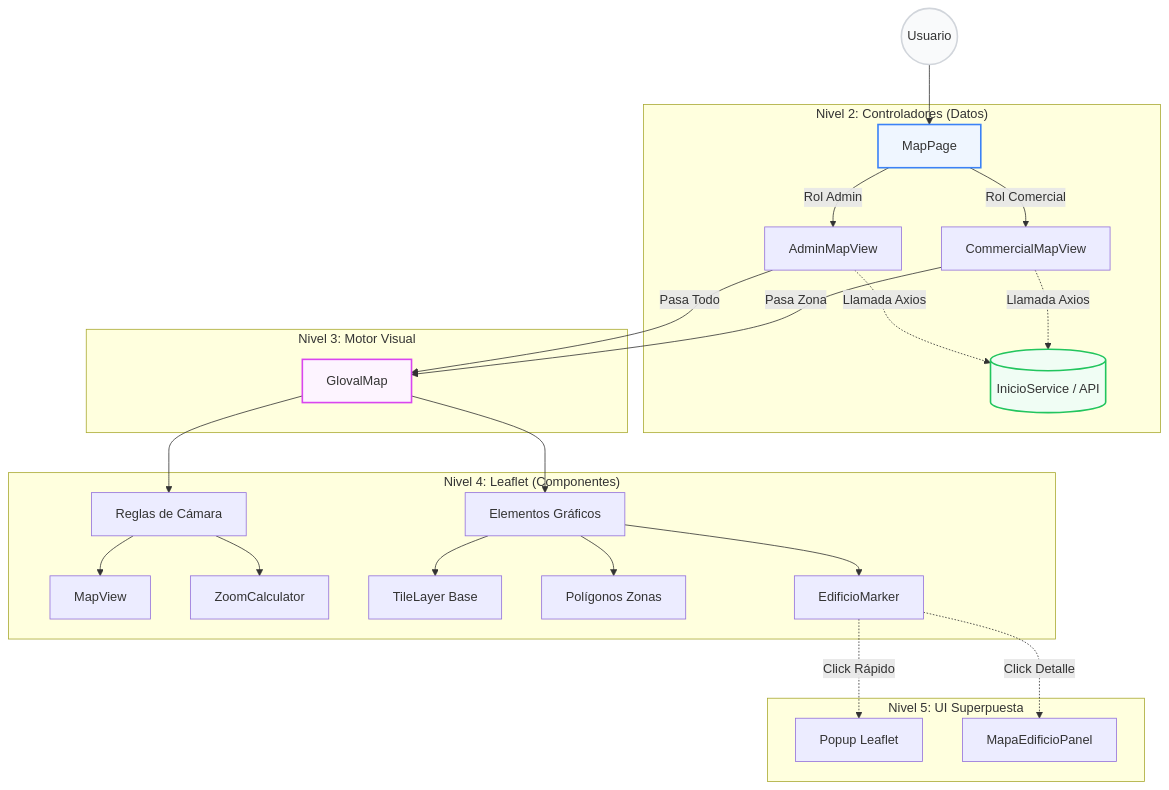
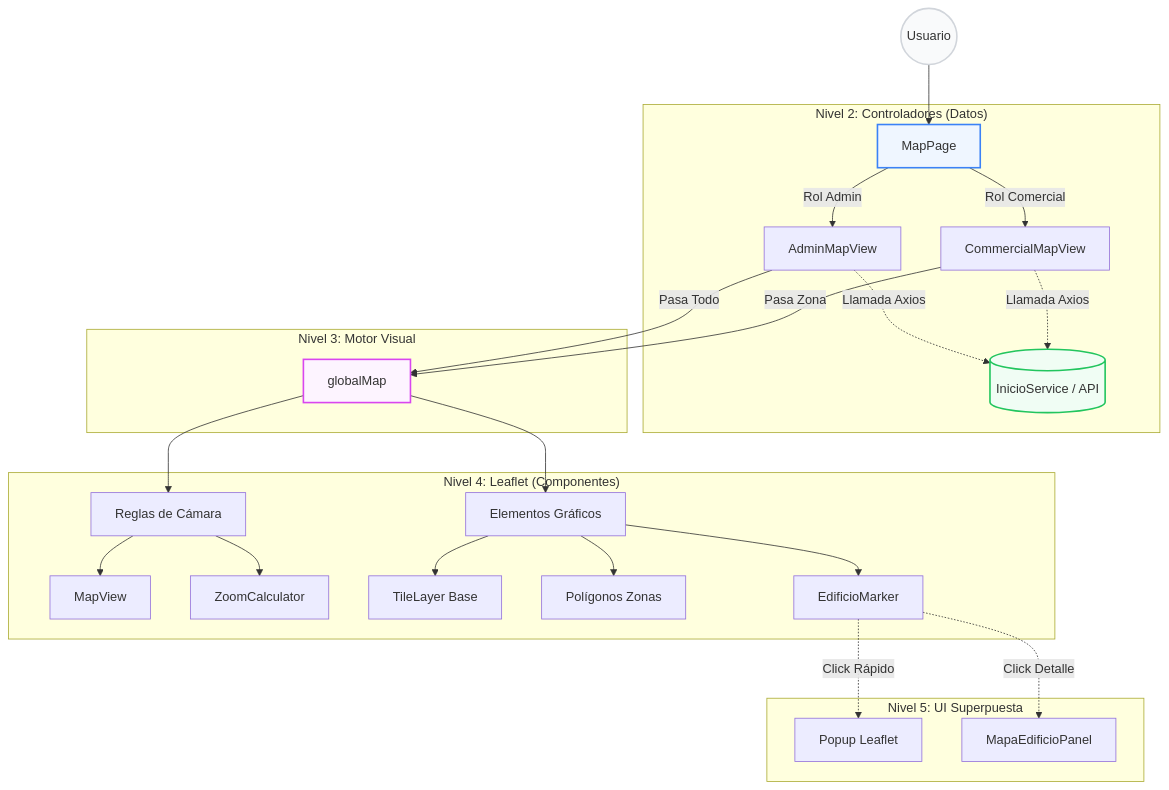
The diagram in src/components/MapSetup/MAP_BOUNDS_RESTRICTIONS_GUIDE.md (AlbertoRomeroPino/Leadchain-frontend), drawn with Mermaid before and after one commit. The commit also changed other lines of this file and 7 other files, not shown here.

````diff
--- a/src/components/MapSetup/MAP_BOUNDS_RESTRICTIONS_GUIDE.md
+++ b/src/components/MapSetup/MAP_BOUNDS_RESTRICTIONS_GUIDE.md
@@ -236,38 +236,38 @@
 ```mermaid
 graph TD
     User((Usuario)) --> MP[MapPage]
   
     subgraph "Nivel 2: Controladores (Datos)"
         MP -- Rol Admin --> AMV[AdminMapView]
         MP -- Rol Comercial --> CMV[CommercialMapView]
         AMV -. Llamada Axios .-> API[(InicioService / API)]
         CMV -. Llamada Axios .-> API
     end
 
     subgraph "Nivel 3: Motor Visual"
-        AMV -- Pasa Todo --> GM[GlovalMap]
+        AMV -- Pasa Todo --> GM[globalMap]
         CMV -- Pasa Zona --> GM
     end
 
     subgraph "Nivel 4: Leaflet (Componentes)"
         GM --> Hooks[Reglas de Cámara]
         Hooks --> MV[MapView]
         Hooks --> ZC[ZoomCalculator]
       
         GM --> Visuals[Elementos Gráficos]
         Visuals --> TL[TileLayer Base]
         Visuals --> Poly[Polígonos Zonas]
         Visuals --> EM[EdificioMarker]
     end
 
     subgraph "Nivel 5: UI Superpuesta"
         EM -. Click Rápido .-> Pop[Popup Leaflet]
         EM -. Click Detalle .-> Panel[MapaEdificioPanel]
     end
 
     %% Estilos
     style User fill:#f9fafb,stroke:#d1d5db,stroke-width:2px
     style MP fill:#eff6ff,stroke:#3b82f6,stroke-width:2px
     style GM fill:#fdf4ff,stroke:#d946ef,stroke-width:2px
     style API fill:#f0fdf4,stroke:#22c55e,stroke-width:2px
 ```
````
